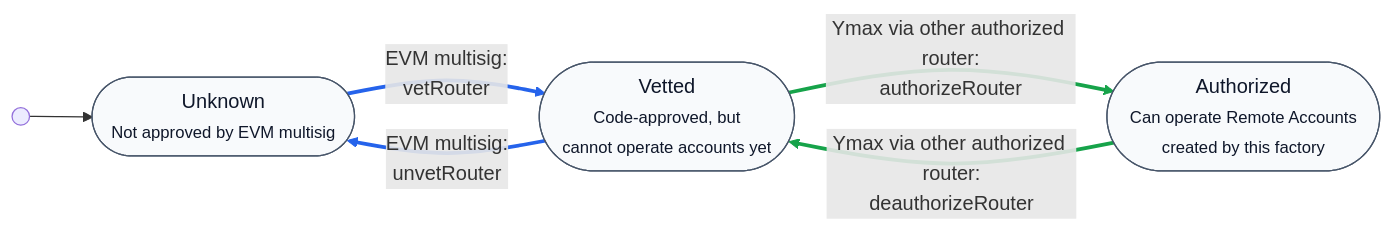
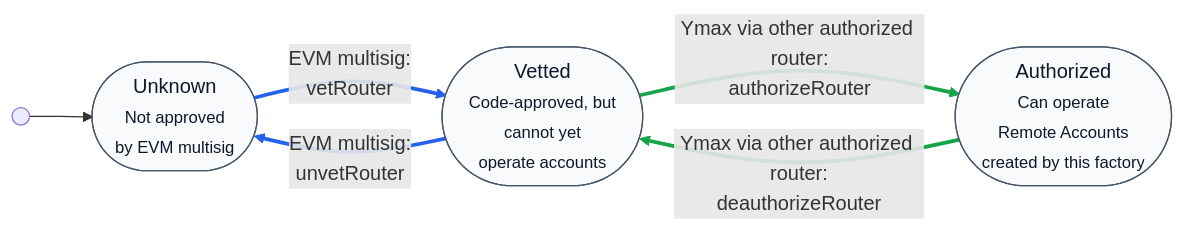
One commit to agoric-labs/agoric-to-axelar-local changed the fourth of 6 diagrams in agoric-docs/ymax-evm-remote-accounts.md. Above: the diagram before and after it, drawn with Mermaid. The commit also changed other lines of this file, not shown here.

Commit message:
Apply suggestions from code review

````diff
--- a/agoric-docs/ymax-evm-remote-accounts.md
+++ b/agoric-docs/ymax-evm-remote-accounts.md
@@ -149,21 +149,21 @@
 ```mermaid
 flowchart LR
   START@{shape: start}
-  Unknown(["Unknown<br/><small>Not approved by EVM multisig</small>"])
-  Vetted(["Vetted<br/><small>Code-approved, but<br/>cannot operate accounts yet</small>"])
-  Authorized(["Authorized<br/><small>Can operate Remote Accounts<br/>created by this factory</small>"])
+  Unknown(["Unknown<br/><small>Not approved<br/>by EVM multisig</small>"])
+  Vetted(["Vetted<br/><small>Code-approved, but<br/>cannot yet<br/>operate accounts</small>"])
+  Authorized(["Authorized<br/><small>Can operate<br/>Remote Accounts<br/>created by this factory</small>"])
 
   START --> Unknown
   Unknown -->|"EVM multisig:<br/>vetRouter"| Vetted
   Vetted -->|"Ymax via other authorized router:<br/>authorizeRouter"| Authorized
   Authorized -->|"Ymax via other authorized router:<br/>deauthorizeRouter"| Vetted
   Vetted -->|"EVM multisig:<br/>unvetRouter"| Unknown
 
   classDef state fill:#f8fafc,stroke:#475569,stroke-width:1px,color:#0f172a
   class Unknown,Vetted,Authorized state
 
   linkStyle 1 stroke:#2563eb,stroke-width:3px
   linkStyle 2 stroke:#16a34a,stroke-width:3px
   linkStyle 3 stroke:#16a34a,stroke-width:3px
   linkStyle 4 stroke:#2563eb,stroke-width:3px
 ```
````
